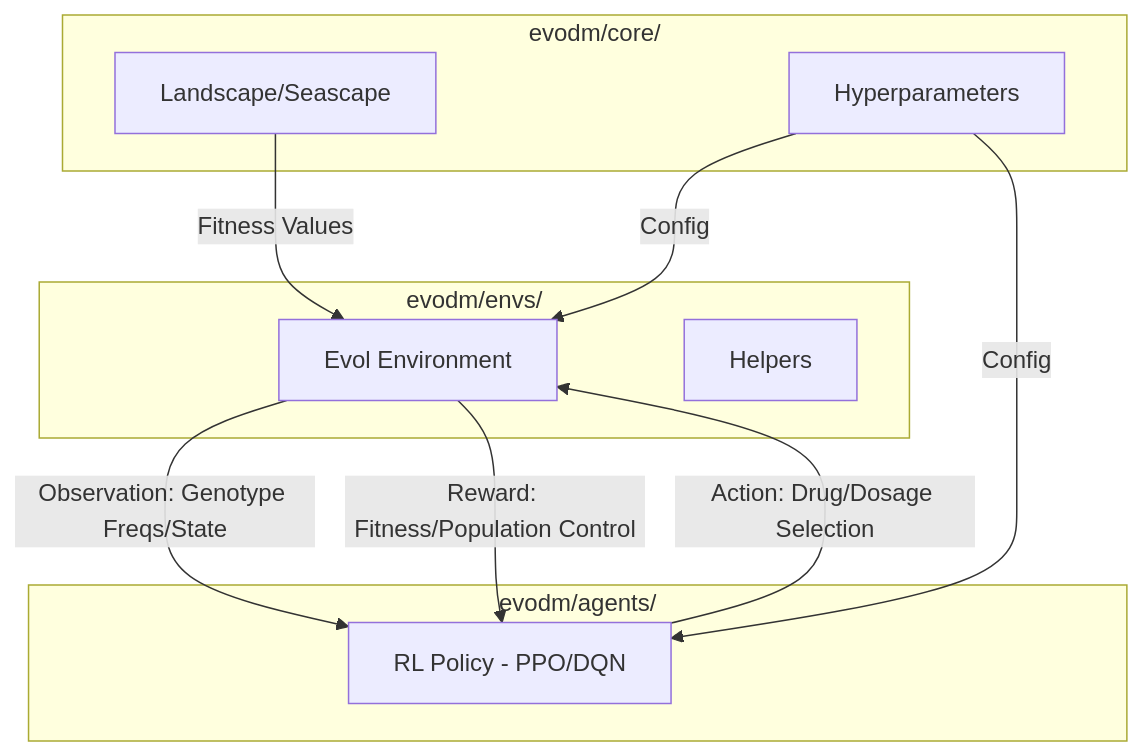
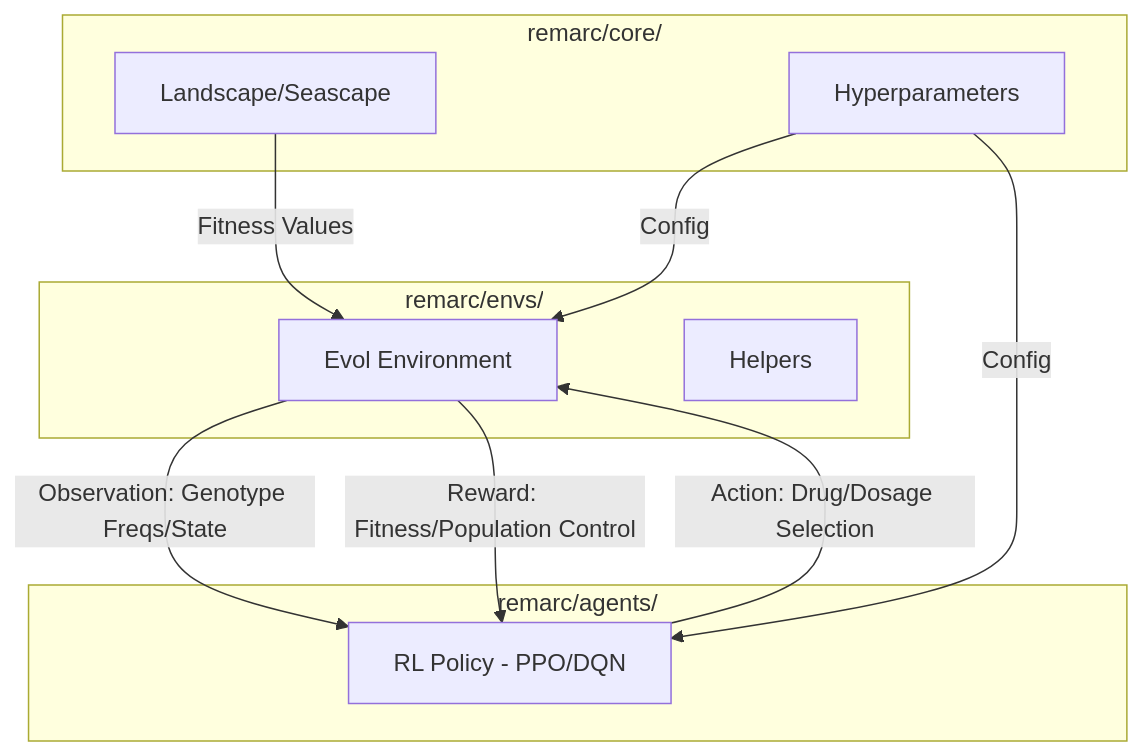
The diagram in docs/architecture.md (CBad1024/remarc), drawn with Mermaid before and after one commit. The commit also changed other lines of this file and 25 other files, not shown here.

Commit message:
refactor: rename project from evodm to remarc (Reinforcement-learning based Evolutionary Markovian Resistance Control)

````diff
--- a/docs/architecture.md
+++ b/docs/architecture.md
@@ -31,23 +31,23 @@
 ```mermaid
 graph TD
-    subgraph Environments ["evodm/envs/"]
+    subgraph Environments ["remarc/envs/"]
         Env[Evol Environment]
         Help[Helpers]
     end
     
-    subgraph Core ["evodm/core/"]
+    subgraph Core ["remarc/core/"]
         LS[Landscape/Seascape]
         HP[Hyperparameters]
     end
     
-    subgraph Agents ["evodm/agents/"]
+    subgraph Agents ["remarc/agents/"]
         RL[RL Policy - PPO/DQN]
     end
     
     Env -->|Observation: Genotype Freqs/State| RL
     RL -->|Action: Drug/Dosage Selection| Env
     Env -->|Reward: Fitness/Population Control| RL
     LS -->|Fitness Values| Env
     HP -->|Config| Env
     HP -->|Config| RL
 ```
````
